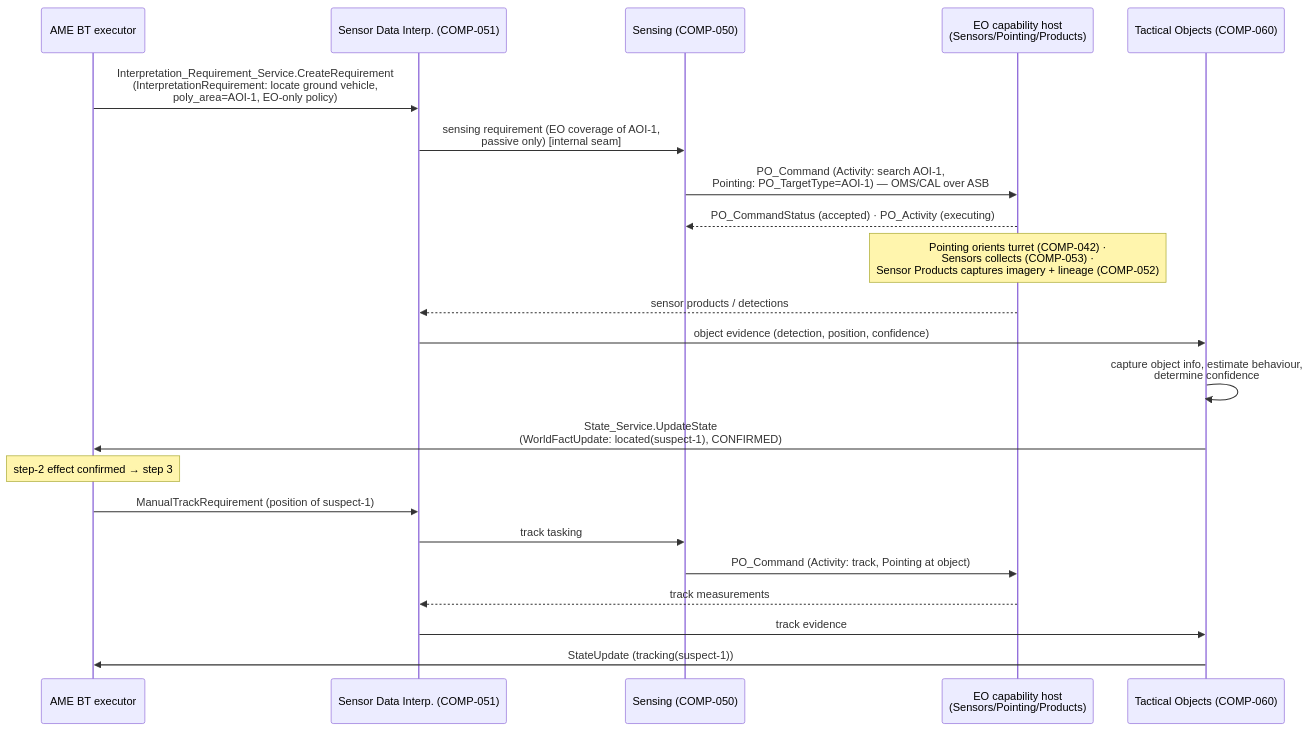
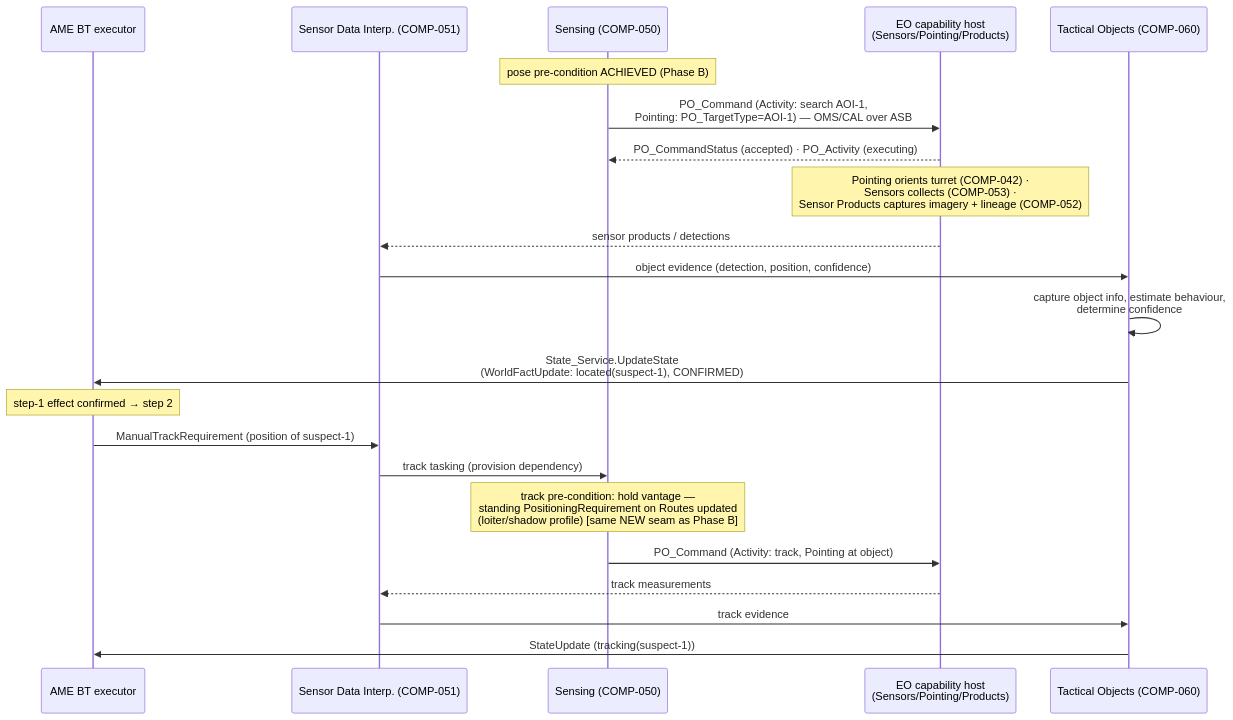
The fourth of 7 diagrams in doc/research/AME/a_gra_e2e_worked_example.md (Ackoogin/mujin), drawn with Mermaid before and after one commit. The commit also changed other lines of this file and 1 other file, not shown here.

````diff
--- a/doc/research/AME/a_gra_e2e_worked_example.md
+++ b/doc/research/AME/a_gra_e2e_worked_example.md
@@ -248,25 +347,25 @@
 ```mermaid
 sequenceDiagram
     participant AME as AME BT executor
     participant SDI as Sensor Data Interp. (COMP-051)
     participant SEN as Sensing (COMP-050)
     participant EO as EO capability host<br/>(Sensors/Pointing/Products)
     participant TO as Tactical Objects (COMP-060)
 
-    AME->>SDI: Interpretation_Requirement_Service.CreateRequirement<br/>(InterpretationRequirement: locate ground vehicle,<br/>poly_area=AOI-1, EO-only policy)
-    SDI->>SEN: sensing requirement (EO coverage of AOI-1,<br/>passive only) [internal seam]
+    Note over SEN: pose pre-condition ACHIEVED (Phase B)
     SEN->>EO: PO_Command (Activity: search AOI-1,<br/>Pointing: PO_TargetType=AOI-1) — OMS/CAL over ASB
     EO-->>SEN: PO_CommandStatus (accepted) · PO_Activity (executing)
     Note over EO: Pointing orients turret (COMP-042) ·<br/>Sensors collects (COMP-053) ·<br/>Sensor Products captures imagery + lineage (COMP-052)
     EO-->>SDI: sensor products / detections
     SDI->>TO: object evidence (detection, position, confidence)
     TO->>TO: capture object info, estimate behaviour,<br/>determine confidence
     TO->>AME: State_Service.UpdateState<br/>(WorldFactUpdate: located(suspect-1), CONFIRMED)
-    Note over AME: step-2 effect confirmed → step 3
+    Note over AME: step-1 effect confirmed → step 2
     AME->>SDI: ManualTrackRequirement (position of suspect-1)
-    SDI->>SEN: track tasking
+    SDI->>SEN: track tasking (provision dependency)
+    Note over SEN: track pre-condition: hold vantage —<br/>standing PositioningRequirement on Routes updated<br/>(loiter/shadow profile) [same NEW seam as Phase B]
     SEN->>EO: PO_Command (Activity: track, Pointing at object)
     EO-->>SDI: track measurements
     SDI->>TO: track evidence
     TO->>AME: StateUpdate (tracking(suspect-1))
 ```
````
